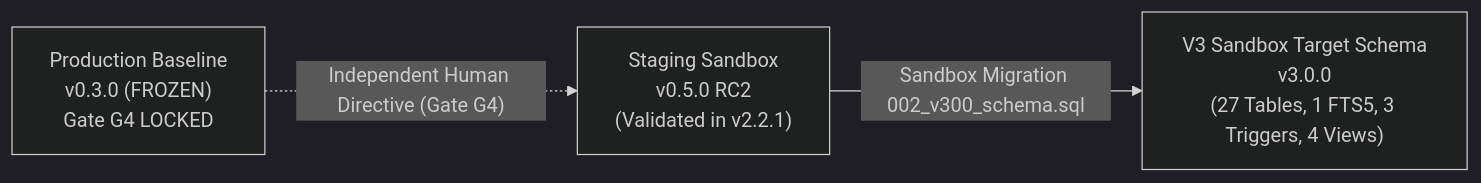
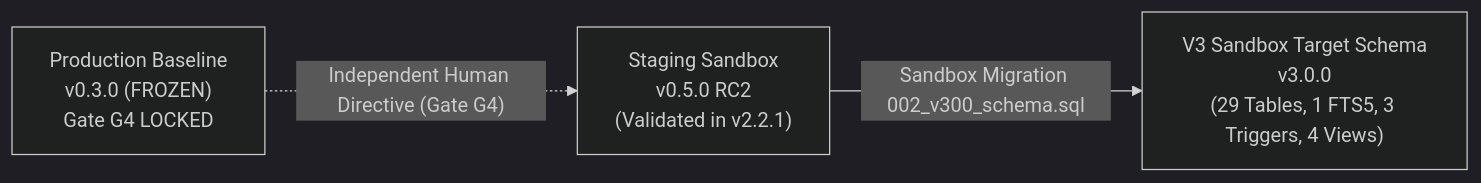
The second of 2 diagrams in docs/blueprint/v3/03_DOMAIN_AND_DATABASE_DESIGN.md (kietpro352010/AICO), drawn with Mermaid (dark theme) before and after one commit. The commit also changed other lines of this file and 11 other files, not shown here.

First line of the commit message:
docs(blueprint): reconcile v3 architecture, security gates, and contracts

````diff
--- a/docs/blueprint/v3/03_DOMAIN_AND_DATABASE_DESIGN.md
+++ b/docs/blueprint/v3/03_DOMAIN_AND_DATABASE_DESIGN.md
@@ -476,9 +466,9 @@
 ```mermaid
 flowchart LR
     V030["Production Baseline\nv0.3.0 (FROZEN)\nGate G4 LOCKED"]
     RC2["Staging Sandbox\nv0.5.0 RC2\n(Validated in v2.2.1)"]
-    V3["V3 Sandbox Target Schema\nv3.0.0\n(27 Tables, 1 FTS5, 3 Triggers, 4 Views)"]
+    V3["V3 Sandbox Target Schema\nv3.0.0\n(29 Tables, 1 FTS5, 3 Triggers, 4 Views)"]
 
     V030 -. "Independent Human Directive (Gate G4)" .-> RC2
     RC2 -->|"Sandbox Migration 002_v300_schema.sql"| V3
 ```
````
